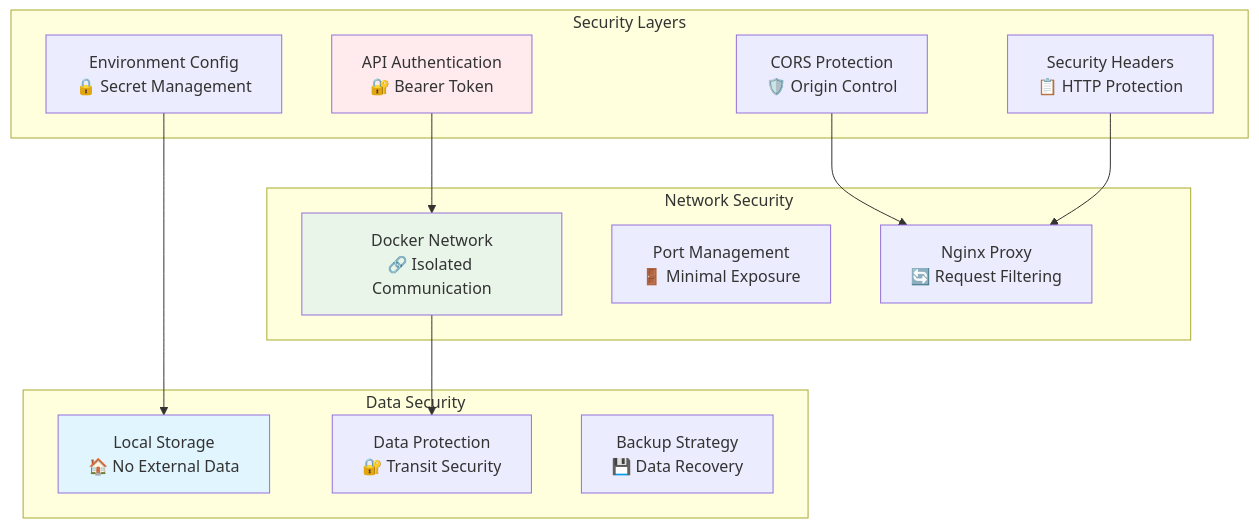
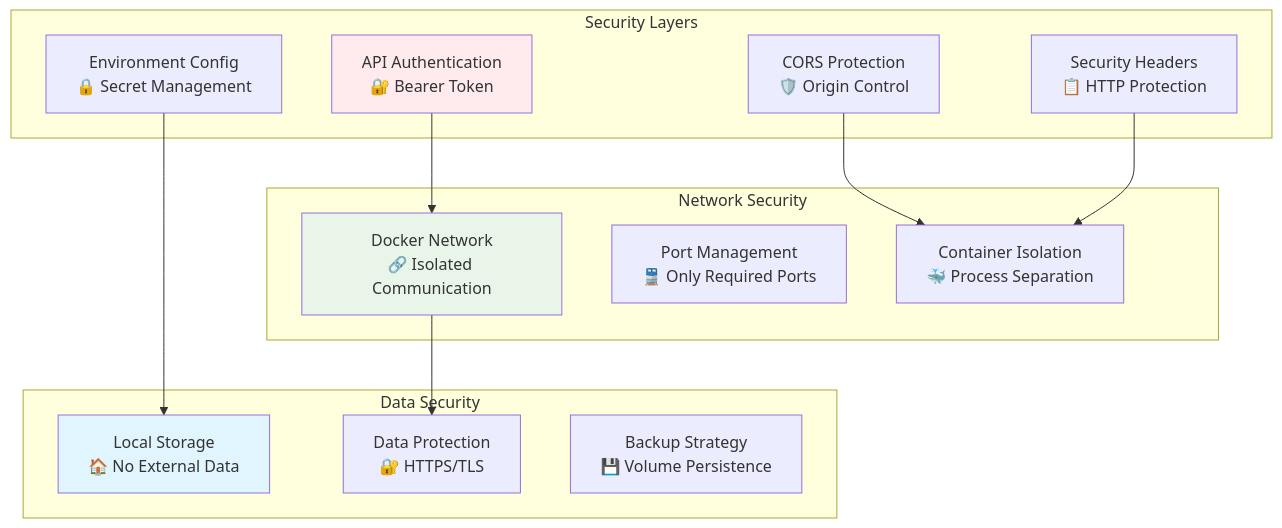
One commit to BondIT-ApS/NextDNS-Optimized-Analytics changed diagram 11 of 11 in docs/02-architecture.md. Above: the diagram before and after it, drawn with Mermaid. The commit also changed other lines of this file, not shown here.

Commit message:
📝 Revise architecture documentation for clarity and accuracy, including updated service interactions and port configurations

````diff
--- a/docs/02-architecture.md
+++ b/docs/02-architecture.md
@@ -353,31 +333,31 @@
 ```mermaid
 graph TB
     subgraph "Security Layers"
         Auth[API Authentication<br/>🔐 Bearer Token]
         CORS[CORS Protection<br/>🛡️ Origin Control]
         Headers[Security Headers<br/>📋 HTTP Protection]
         Env[Environment Config<br/>🔒 Secret Management]
     end
     
     subgraph "Network Security"
         Network[Docker Network<br/>🔗 Isolated Communication]
-        Ports[Port Management<br/>🚪 Minimal Exposure]
-        Proxy[Nginx Proxy<br/>🔄 Request Filtering]
+        Ports[Port Management<br/>🚆 Only Required Ports]
+        Container[Container Isolation<br/>🐳 Process Separation]
     end
     
     subgraph "Data Security"
         Local[Local Storage<br/>🏠 No External Data]
-        Encryption[Data Protection<br/>🔐 Transit Security]
-        Backup[Backup Strategy<br/>💾 Data Recovery]
+        Encryption[Data Protection<br/>🔐 HTTPS/TLS]
+        Backup[Backup Strategy<br/>💾 Volume Persistence]
     end
     
     Auth --> Network
-    CORS --> Proxy
-    Headers --> Proxy
+    CORS --> Container
+    Headers --> Container
     Env --> Local
     Network --> Encryption
     
     style Auth fill:#ffebee
     style Network fill:#e8f5e8
     style Local fill:#e1f5fe
 ```
````
